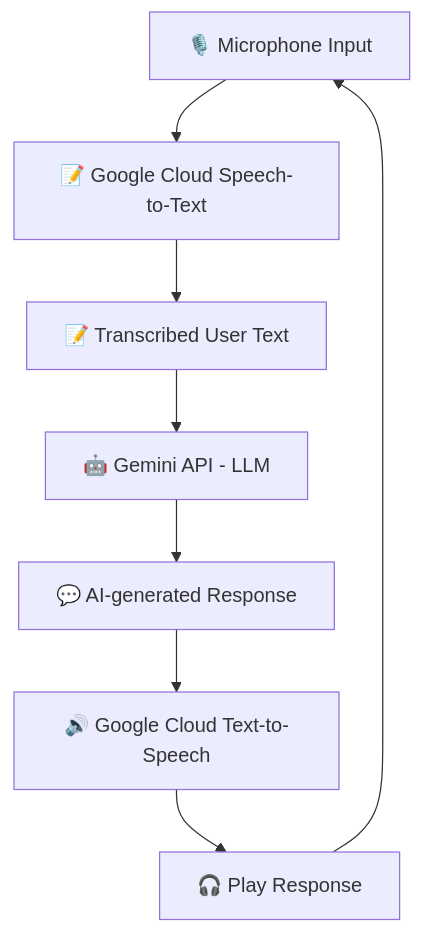
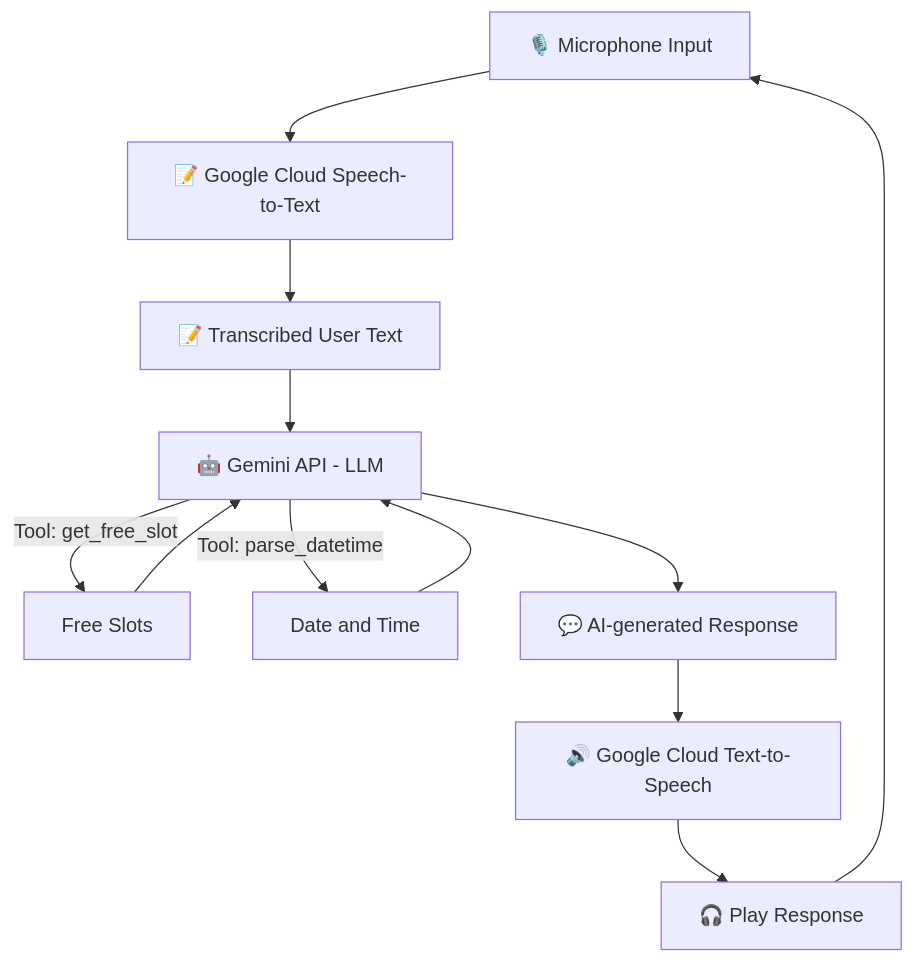
One commit to piyush-poddar/Smart-Scheduler-AI-Agent changed the diagram in README.md. Above: the diagram before and after it, drawn with Mermaid.

````diff
--- a/README.md
+++ b/README.md
@@ -28,10 +28,14 @@
 ```mermaid
 graph TD
     A[🎙️ Microphone Input] --> B[📝 Google Cloud Speech-to-Text]
     B --> C[📝 Transcribed User Text]
     C --> D[🤖 Gemini API - LLM]
-    D --> E[💬 AI-generated Response]
-    E --> F[🔊 Google Cloud Text-to-Speech]
-    F --> G[🎧 Play Response]
-    G --> A
+    D -->|Tool: get_free_slot| E1[Free Slots]
+    D -->|Tool: parse_datetime| E2[Date and Time]
+    E1 --> D
+    E2 --> D
+    D --> F[💬 AI-generated Response]
+    F --> G[🔊 Google Cloud Text-to-Speech]
+    G --> H[🎧 Play Response]
+    H --> A
 ```
````
